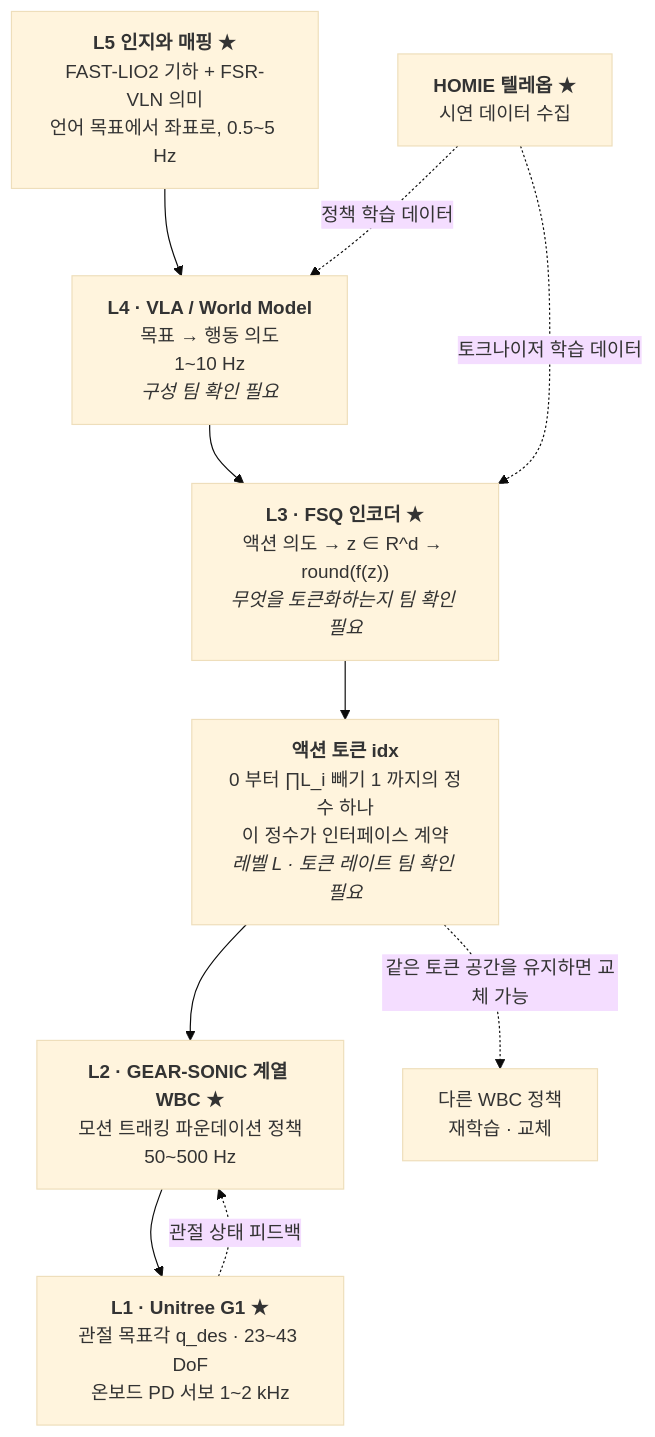
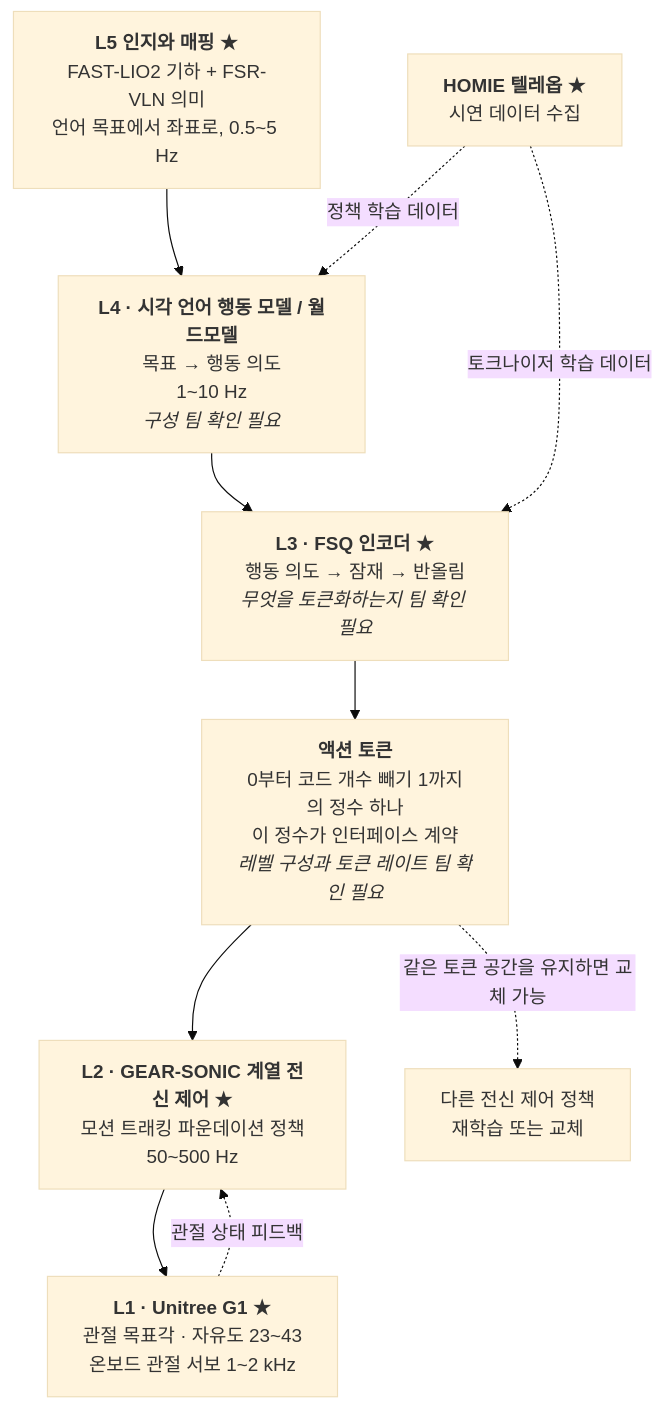
Before and after one commit to sguys99/physical-ai-study: the third of 5 diagrams in course/w1-generative-core/05-latent-discrete-fsq/lesson.md, drawn with Mermaid (base theme). The commit also changed other lines of this file and 12 other files, not shown here.

````diff
--- a/course/w1-generative-core/05-latent-discrete-fsq/lesson.md
+++ b/course/w1-generative-core/05-latent-discrete-fsq/lesson.md
@@ -434,15 +604,15 @@
 ```mermaid
 flowchart TB
     L5["<b>L5 인지와 매핑</b> ★<br/>FAST-LIO2 기하 + FSR-VLN 의미<br/>언어 목표에서 좌표로, 0.5~5 Hz"]
-    L4["<b>L4 · VLA / World Model</b><br/>목표 → 행동 의도<br/>1~10 Hz<br/><i>구성 팀 확인 필요</i>"]
-    ENC["<b>L3 · FSQ 인코더</b> ★<br/>액션 의도 → z ∈ R^d → round(f(z))<br/><i>무엇을 토큰화하는지 팀 확인 필요</i>"]
-    TOK["<b>액션 토큰 idx</b><br/>0 부터 ∏L_i 빼기 1 까지의 정수 하나<br/>이 정수가 인터페이스 계약<br/><i>레벨 L · 토큰 레이트 팀 확인 필요</i>"]
-    L2["<b>L2 · GEAR-SONIC 계열 WBC</b> ★<br/>모션 트래킹 파운데이션 정책<br/>50~500 Hz"]
-    L1["<b>L1 · Unitree G1</b> ★<br/>관절 목표각 q_des · 23~43 DoF<br/>온보드 PD 서보 1~2 kHz"]
+    L4["<b>L4 · 시각 언어 행동 모델 / 월드모델</b><br/>목표 → 행동 의도<br/>1~10 Hz<br/><i>구성 팀 확인 필요</i>"]
+    ENC["<b>L3 · FSQ 인코더</b> ★<br/>행동 의도 → 잠재 → 반올림<br/><i>무엇을 토큰화하는지 팀 확인 필요</i>"]
+    TOK["<b>액션 토큰</b><br/>0부터 코드 개수 빼기 1까지의 정수 하나<br/>이 정수가 인터페이스 계약<br/><i>레벨 구성과 토큰 레이트 팀 확인 필요</i>"]
+    L2["<b>L2 · GEAR-SONIC 계열 전신 제어</b> ★<br/>모션 트래킹 파운데이션 정책<br/>50~500 Hz"]
+    L1["<b>L1 · Unitree G1</b> ★<br/>관절 목표각 · 자유도 23~43<br/>온보드 관절 서보 1~2 kHz"]
 
     L5 --> L4 --> ENC --> TOK --> L2 --> L1
     L1 -. 관절 상태 피드백 .-> L2
     HOMIE["<b>HOMIE 텔레옵</b> ★<br/>시연 데이터 수집"] -. 토크나이저 학습 데이터 .-> ENC
     HOMIE -. 정책 학습 데이터 .-> L4
-    TOK -. 같은 토큰 공간을 유지하면 교체 가능 .-> ALT["다른 WBC 정책<br/>재학습 · 교체"]
+    TOK -. 같은 토큰 공간을 유지하면 교체 가능 .-> ALT["다른 전신 제어 정책<br/>재학습 또는 교체"]
 ```
````
